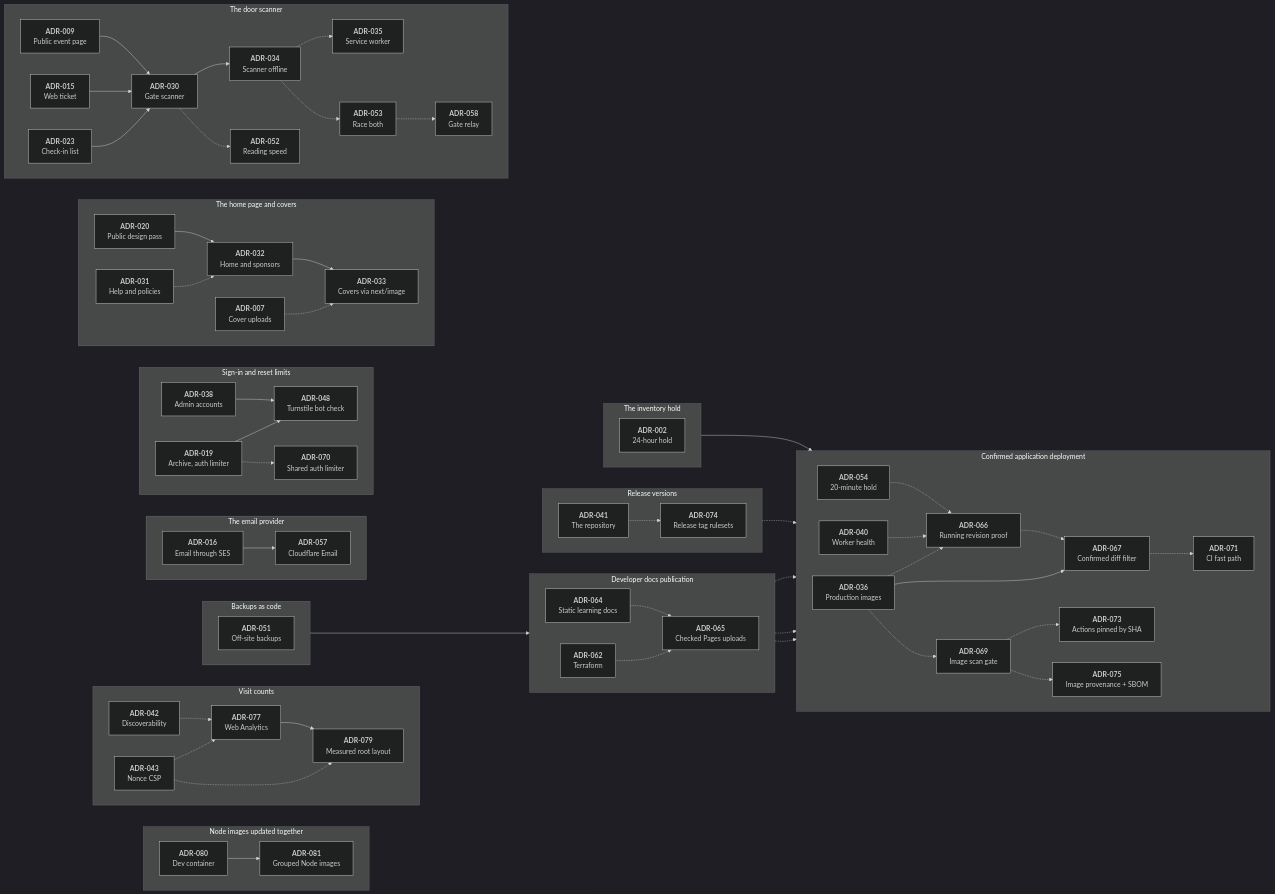
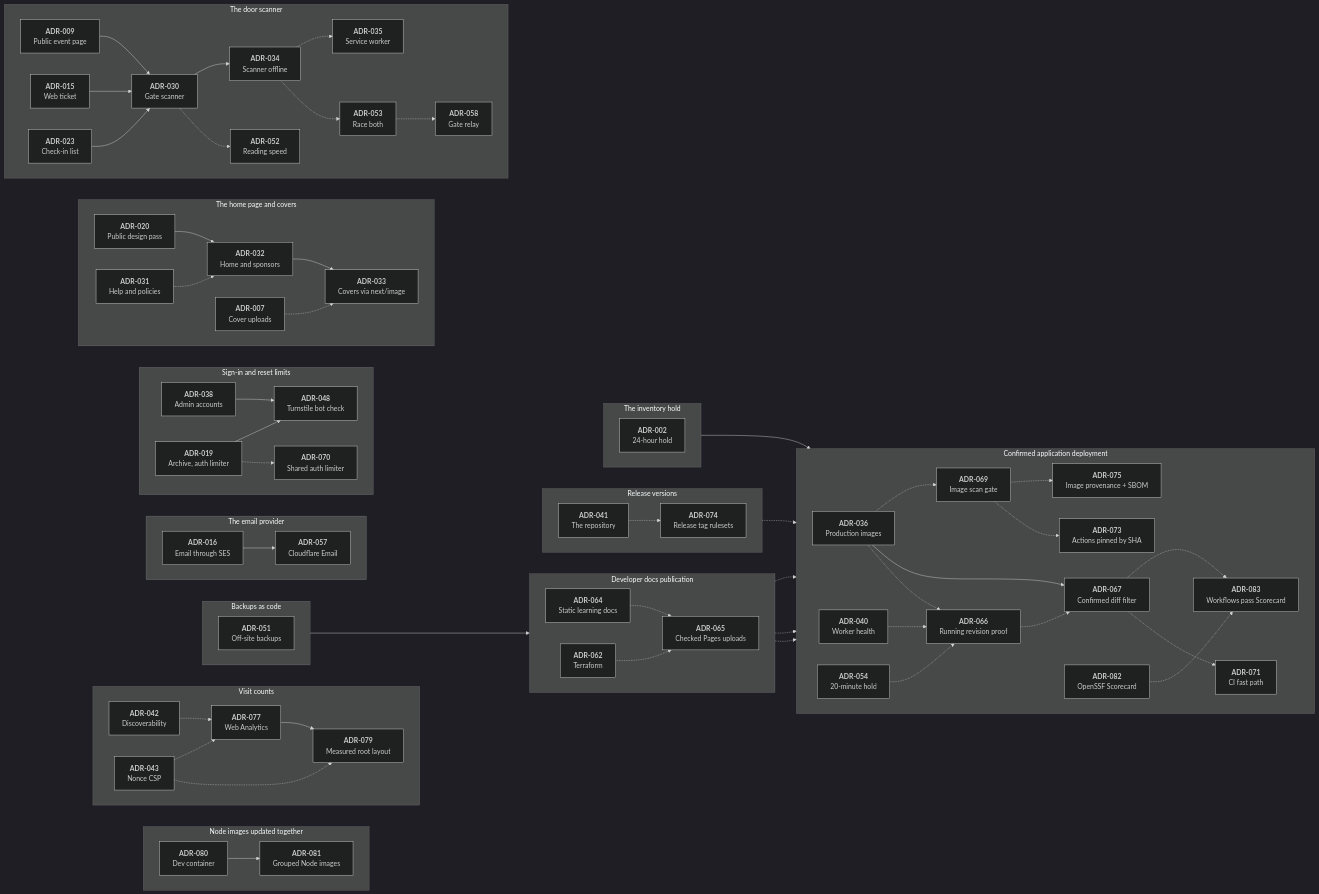
Before and after one commit to Ashfak-Hossain/EchoAndAura: the diagram in docs/decisions/README.md, drawn with Mermaid (dark theme). The commit also changed other lines of this file and 7 other files, not shown here.

```diff
--- a/docs/decisions/README.md
+++ b/docs/decisions/README.md
@@ -89,6 +89,10 @@
         Actions pinned by SHA`"]
         a075["`**ADR-075**
         Image provenance + SBOM`"]
+        a082["`**ADR-082**
+        OpenSSF Scorecard`"]
+        a083["`**ADR-083**
+        Workflows pass Scorecard`"]
         a036 -.-> a066
         a040 -.-> a066
         a054 -.-> a066
@@ -101,6 +105,8 @@
         a067 -.-> a071
         a069 -.-> a073
         a069 -.-> a075
+        a067 -.-> a083
+        a082 -.-> a083
     end
     %% Mermaid draws the last group on top, so the groups are declared bottom first.
     subgraph analytics ["Visit counts"]
```
